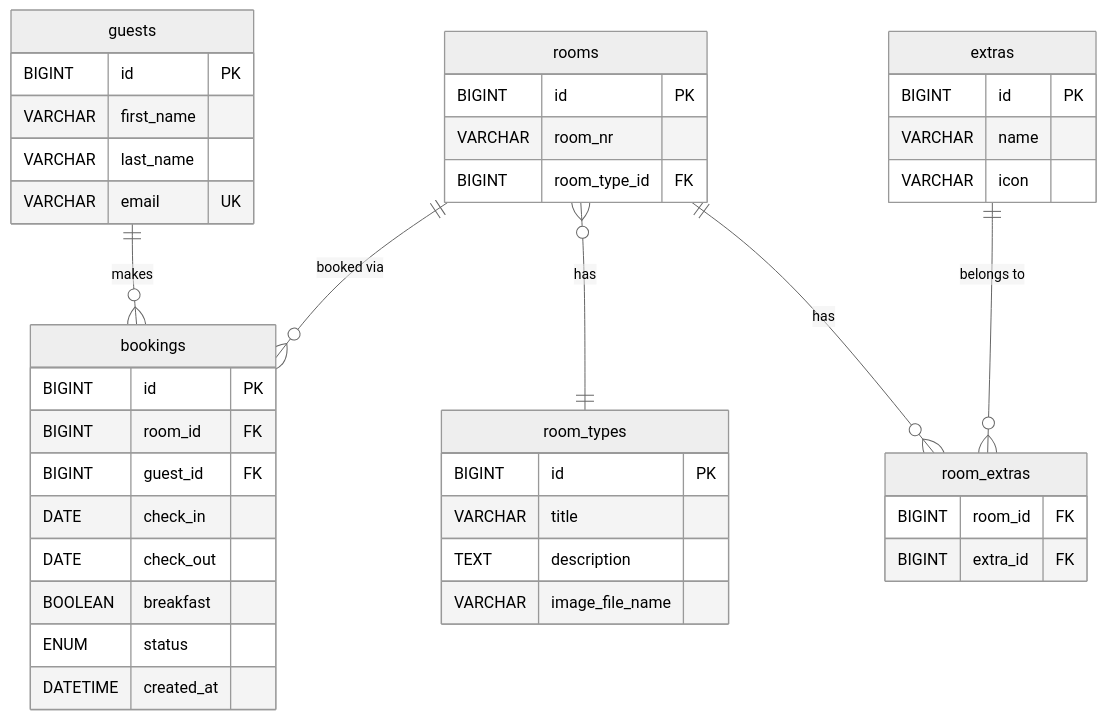
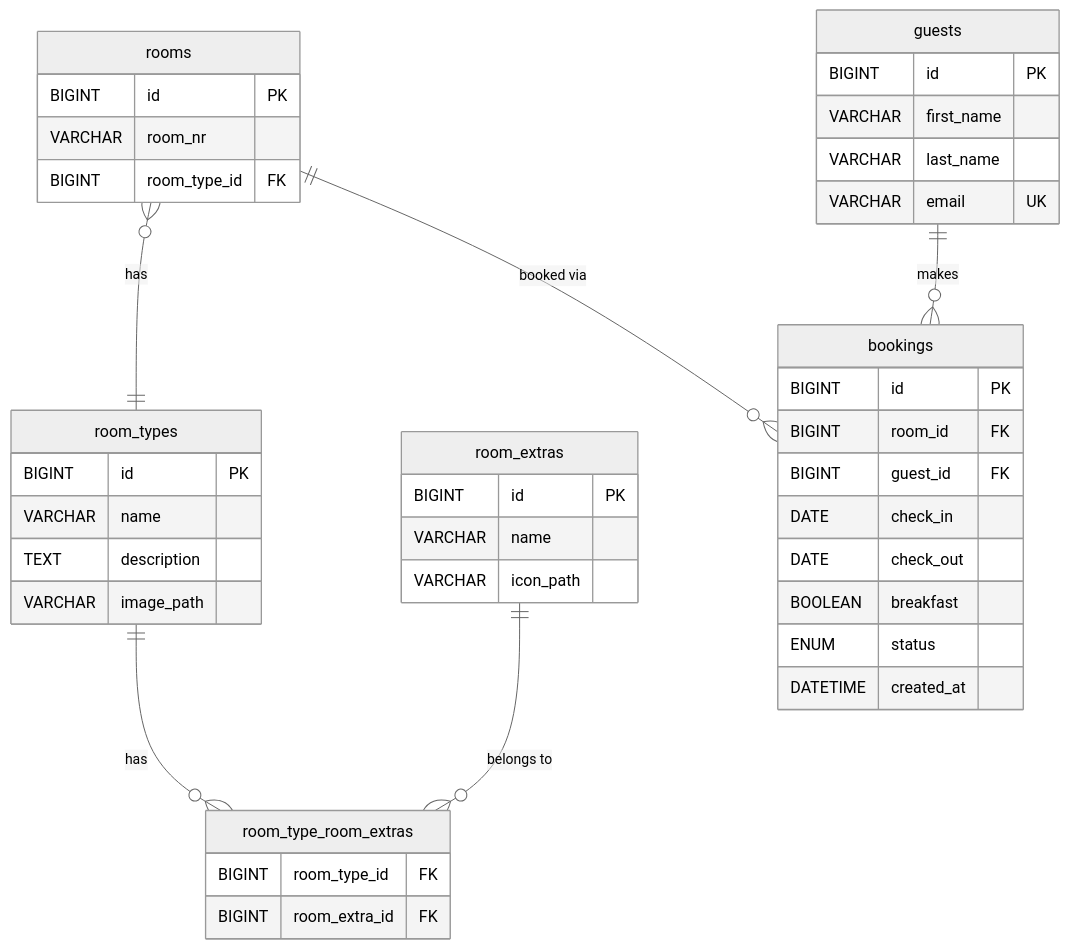
The diagram in docs/ER-Diagram.md (Lammer-FH/semester-project-2026-mse26_copycats), drawn with Mermaid (neutral theme) before and after one commit. The commit also changed 1 other file, not shown here.

Commit message:
[ref] update api specs + er-diagram

````diff
--- a/docs/ER-Diagram.md
+++ b/docs/ER-Diagram.md
@@ -1,50 +1,50 @@
 ```mermaid
 erDiagram
     guests {
         BIGINT id PK
         VARCHAR first_name
         VARCHAR last_name
         VARCHAR email UK
     }
 
     rooms {
         BIGINT id PK
         VARCHAR room_nr
         BIGINT room_type_id FK
     }
 
     room_types {
         BIGINT id PK
-        VARCHAR title
+        VARCHAR name
         TEXT description
-        VARCHAR image_file_name
-    }
-
-    extras {
-        BIGINT id PK
-        VARCHAR name
-        VARCHAR icon
+        VARCHAR image_path
     }
 
     room_extras {
-        BIGINT room_id FK
-        BIGINT extra_id FK
+        BIGINT id PK
+        VARCHAR name
+        VARCHAR icon_path
+    }
+
+    room_type_room_extras {
+        BIGINT room_type_id FK
+        BIGINT room_extra_id FK
     }
 
     bookings {
         BIGINT id PK
         BIGINT room_id FK
         BIGINT guest_id FK
         DATE check_in
         DATE check_out
         BOOLEAN breakfast
         ENUM status
         DATETIME created_at
     }
 
-    rooms ||--o{ room_extras : "has"
     rooms }o--|| room_types : "has"
-    extras ||--o{ room_extras : "belongs to"
+    room_types ||--o{ room_type_room_extras : "has"
+    room_extras ||--o{ room_type_room_extras : "belongs to"
     rooms ||--o{ bookings : "booked via"
     guests ||--o{ bookings : "makes"
 ```
````
